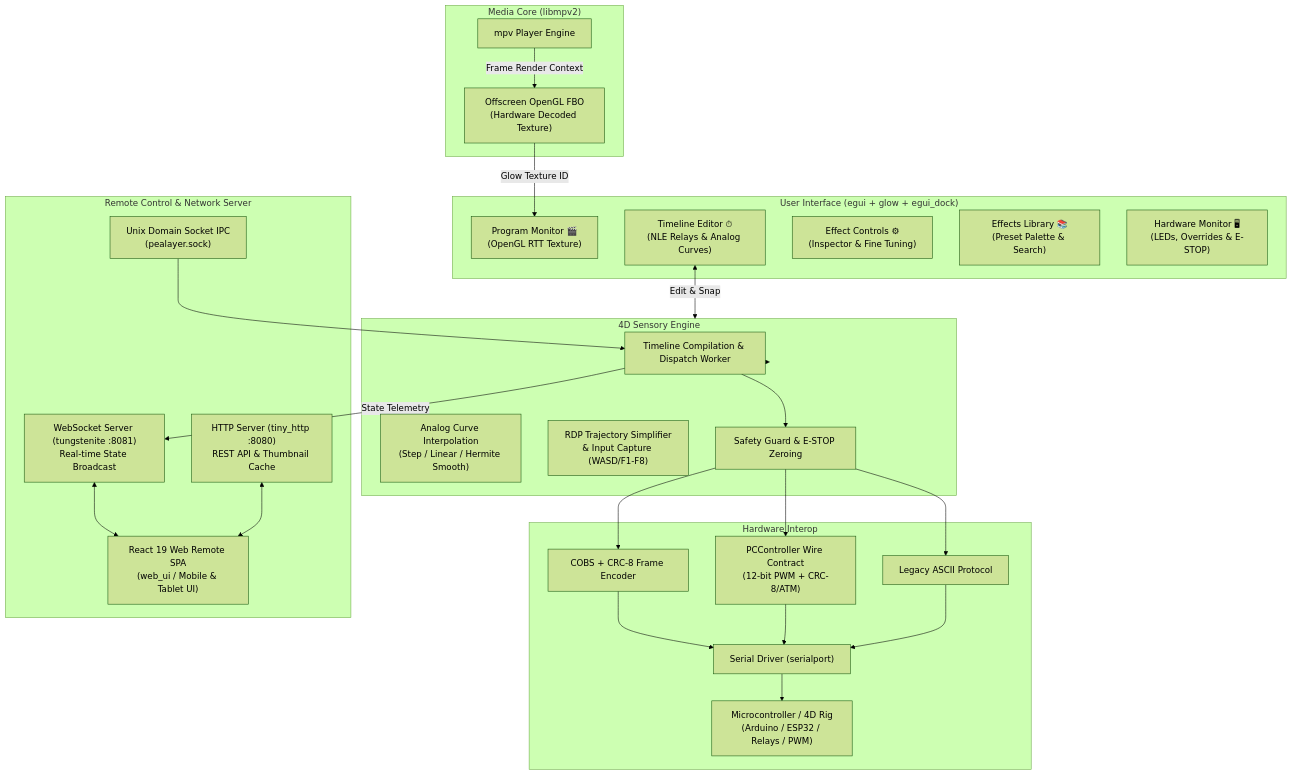
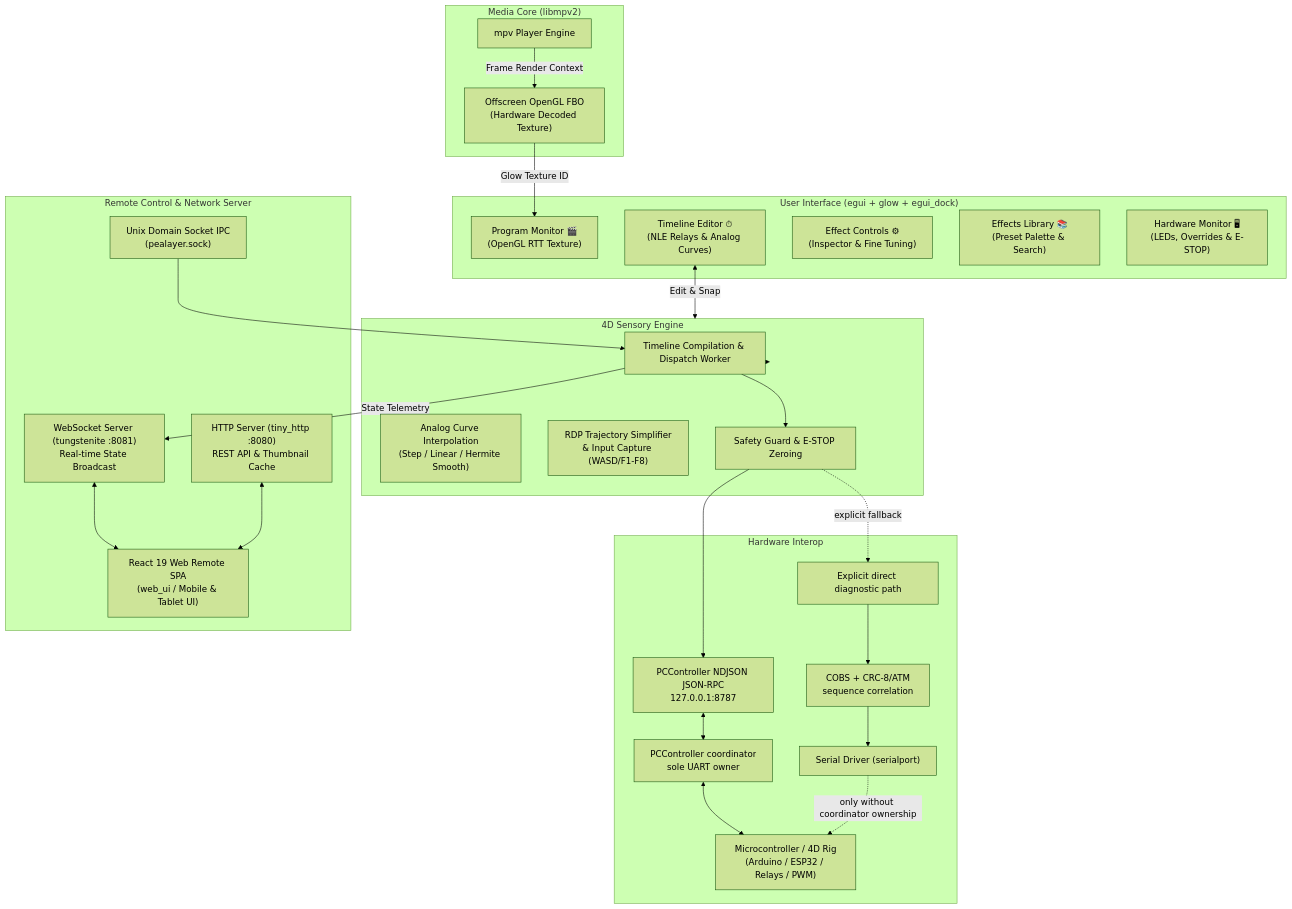
One commit to ToghrolTP/pealayer changed the diagram in README.md. Above: the diagram before and after it, drawn with Mermaid (forest theme). The commit also changed other lines of this file and 18 other files, not shown here.

````diff
--- a/README.md
+++ b/README.md
@@ -88,56 +89,57 @@
 ```mermaid
 flowchart TD
     subgraph UI ["User Interface (egui + glow + egui_dock)"]
         PM["Program Monitor 🎬\n(OpenGL RTT Texture)"]
         TL["Timeline Editor ⏱\n(NLE Relays & Analog Curves)"]
         EC["Effect Controls ⚙\n(Inspector & Fine Tuning)"]
         EL["Effects Library 📚\n(Preset Palette & Search)"]
         HM["Hardware Monitor 🖥\n(LEDs, Overrides & E-STOP)"]
     end
 
     subgraph MediaCore ["Media Core (libmpv2)"]
         MPV["mpv Player Engine"]
         GL_RTT["Offscreen OpenGL FBO\n(Hardware Decoded Texture)"]
     end
 
     subgraph FourD ["4D Sensory Engine"]
         Engine["Timeline Compilation & Dispatch Worker"]
         Curve["Analog Curve Interpolation\n(Step / Linear / Hermite Smooth)"]
         RDP["RDP Trajectory Simplifier\n& Input Capture (WASD/F1-F8)"]
         Safety["Safety Guard & E-STOP Zeroing"]
     end
 
     subgraph Hardware ["Hardware Interop"]
+        RPC["PCController NDJSON JSON-RPC\n127.0.0.1:8787"]
+        PCC["PCController coordinator\nsole UART owner"]
+        Direct["Explicit direct diagnostic path"]
+        COBS["COBS + CRC-8/ATM\nsequence correlation"]
         Serial["Serial Driver (serialport)"]
-        COBS["COBS + CRC-8 Frame Encoder"]
-        PCC["PCController Wire Contract\n(12-bit PWM + CRC-8/ATM)"]
-        ASCII["Legacy ASCII Protocol"]
         MCU["Microcontroller / 4D Rig\n(Arduino / ESP32 / Relays / PWM)"]
     end
 
     subgraph Network ["Remote Control & Network Server"]
         HTTP["HTTP Server (tiny_http :8080)\nREST API & Thumbnail Cache"]
         WS["WebSocket Server (tungstenite :8081)\nReal-time State Broadcast"]
         WebUI["React 19 Web Remote SPA\n(web_ui / Mobile & Tablet UI)"]
         IPC["Unix Domain Socket IPC\n(pealayer.sock)"]
     end
 
     MPV -->|Frame Render Context| GL_RTT
     GL_RTT -->|Glow Texture ID| PM
 
     TL <-->|Edit & Snap| FourD
     FourD --> Engine
     Engine --> Safety
-    Safety --> COBS
-    Safety --> PCC
-    Safety --> ASCII
+    Safety --> RPC
+    RPC <--> PCC
+    PCC <--> MCU
+    Safety -. explicit fallback .-> Direct
+    Direct --> COBS
     COBS --> Serial
-    PCC --> Serial
-    ASCII --> Serial
-    Serial --> MCU
+    Serial -. only without coordinator ownership .-> MCU
 
     Engine -->|State Telemetry| WS
     WS <--> WebUI
     HTTP <--> WebUI
     IPC --> Engine
 ```
````
